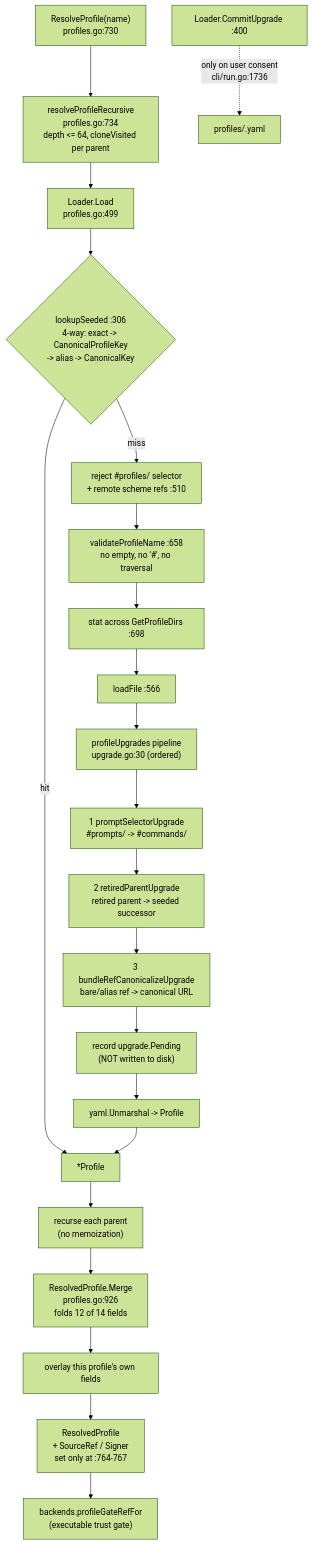
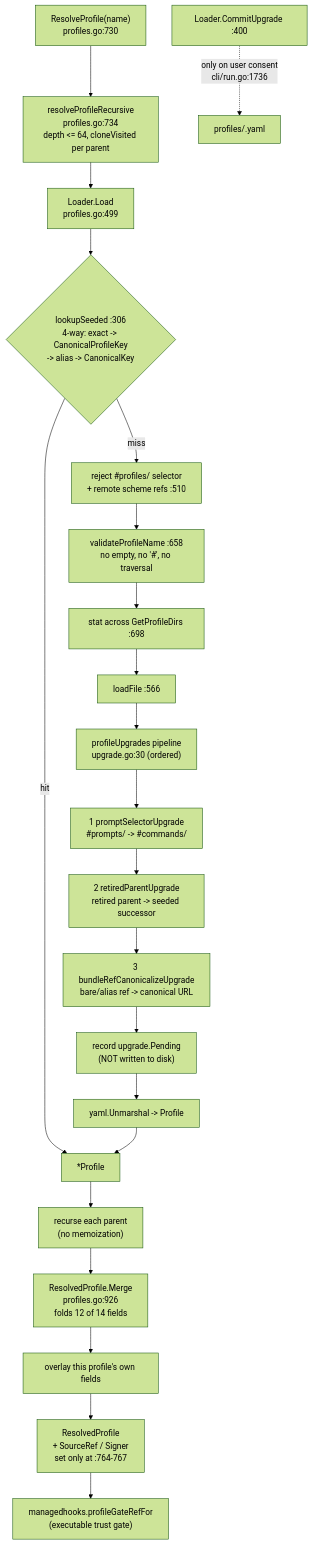
Before and after one commit to ctxloom/ctxloom: the diagram in docs/architecture/core/profiles.md, drawn with Mermaid (forest theme). The commit also changed other lines of this file and 11 other files, not shown here.

First line of the commit message:
docs(architecture): 11b remainder landed — lm/* gone; the composition root, agent.Hosted and the port's two new facts

````diff
--- a/docs/architecture/core/profiles.md
+++ b/docs/architecture/core/profiles.md
@@ -33,29 +33,29 @@
 ```mermaid
 flowchart TD
     CALL["ResolveProfile(name)<br/>profiles.go:730"] --> REC["resolveProfileRecursive<br/>profiles.go:734<br/>depth <= 64, cloneVisited per parent"]
     REC --> LOAD["Loader.Load<br/>profiles.go:499"]
 
     LOAD --> SEED{"lookupSeeded :306<br/>4-way: exact -> CanonicalProfileKey<br/>-> alias -> CanonicalKey"}
     SEED -- hit --> DOC["*Profile"]
     SEED -- miss --> REJ["reject #profiles/ selector<br/>+ remote scheme refs :510"]
     REJ --> VAL["validateProfileName :658<br/>no empty, no '#', no traversal"]
     VAL --> STAT["stat across GetProfileDirs :698"]
     STAT --> LF["loadFile :566"]
 
     LF --> UPG["profileUpgrades pipeline<br/>upgrade.go:30 (ordered)"]
     UPG --> U1["1 promptSelectorUpgrade<br/>#prompts/ -> #commands/"]
     U1 --> U2["2 retiredParentUpgrade<br/>retired parent -> seeded successor"]
     U2 --> U3["3 bundleRefCanonicalizeUpgrade<br/>bare/alias ref -> canonical URL"]
     U3 --> PEND["record upgrade.Pending<br/>(NOT written to disk)"]
     PEND --> UNM["yaml.Unmarshal -> Profile"]
     UNM --> DOC
 
     DOC --> PAR["recurse each parent<br/>(no memoization)"]
     PAR --> MERGE["ResolvedProfile.Merge<br/>profiles.go:926<br/>folds 12 of 14 fields"]
     MERGE --> SELF["overlay this profile's own fields"]
     SELF --> OUT["ResolvedProfile<br/>+ SourceRef / Signer<br/>set only at :764-767"]
 
-    OUT --> GATE["backends.profileGateRefFor<br/>(executable trust gate)"]
+    OUT --> GATE["managedhooks.profileGateRefFor<br/>(executable trust gate)"]
 
     COMMIT["Loader.CommitUpgrade :400"] -.->|"only on user consent<br/>cli/run.go:1736"| DISK["profiles/<name>.yaml"]
 ```
````
